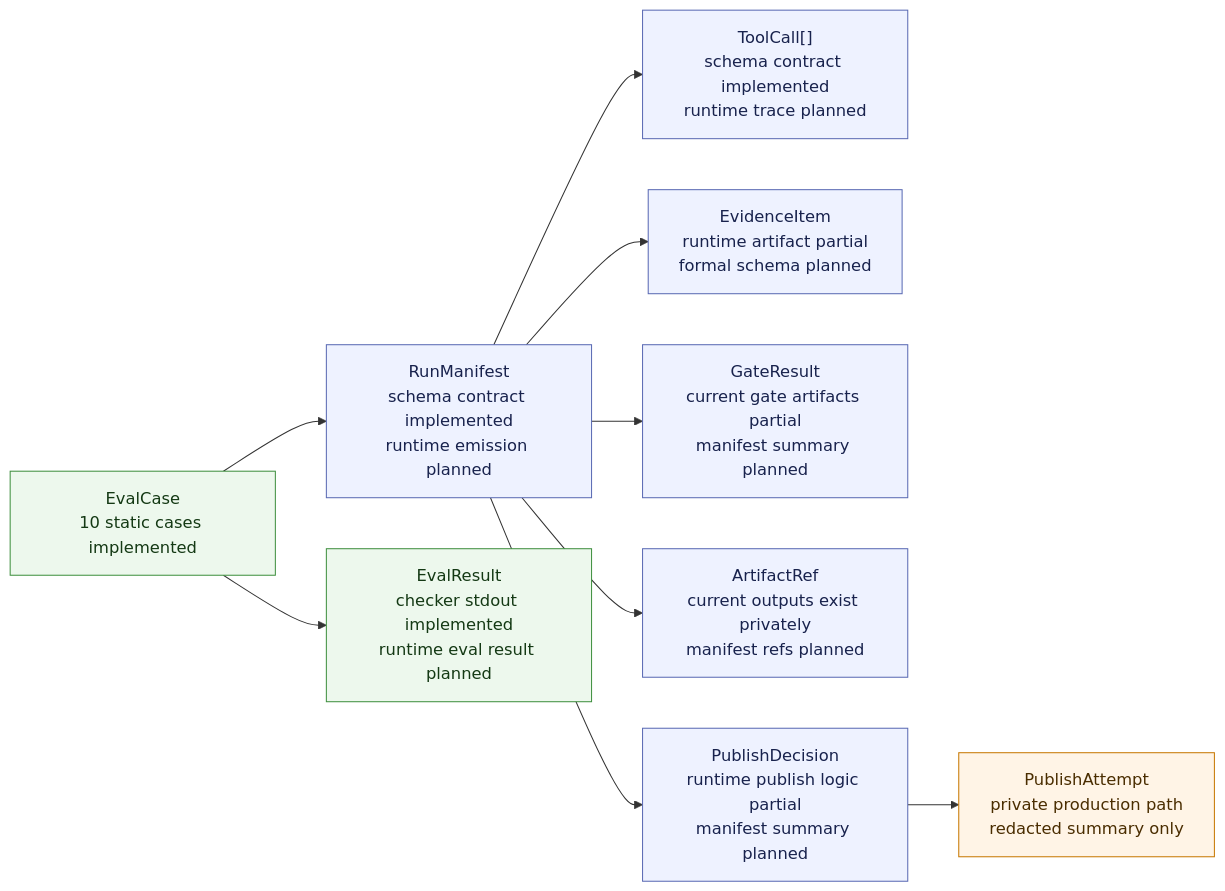
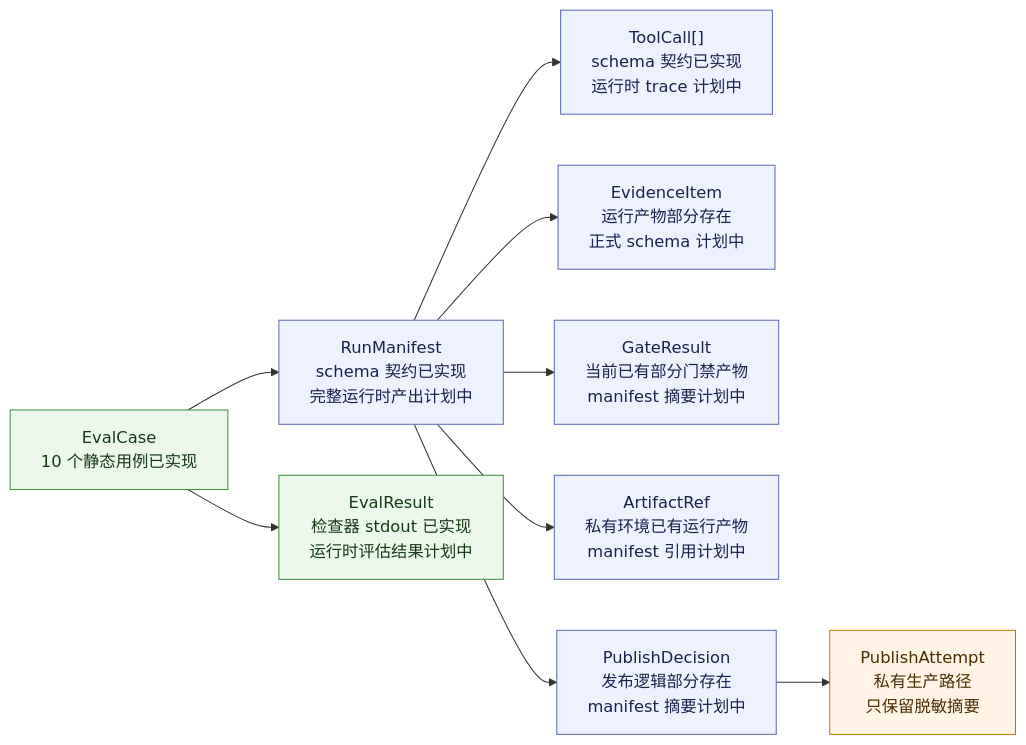
One commit to lin275768845/ai-radar-agent-case changed the fourth of 5 diagrams in docs/zh-CN/ARCHITECTURE_OVERVIEW.md. Above: the diagram before and after it, drawn with Mermaid. The commit also changed other lines of this file and 5 other files, not shown here.

````diff
--- a/docs/zh-CN/ARCHITECTURE_OVERVIEW.md
+++ b/docs/zh-CN/ARCHITECTURE_OVERVIEW.md
@@ -105,18 +104,18 @@
 ```mermaid
 graph LR
-  RM["RunManifest<br/>schema contract implemented<br/>runtime emission planned"] --> TC["ToolCall[]<br/>schema contract implemented<br/>runtime trace planned"]
-  RM --> EI["EvidenceItem<br/>runtime artifact partial<br/>formal schema planned"]
-  RM --> GR["GateResult<br/>current gate artifacts partial<br/>manifest summary planned"]
-  RM --> AR["ArtifactRef<br/>current outputs exist privately<br/>manifest refs planned"]
-  RM --> PD["PublishDecision<br/>runtime publish logic partial<br/>manifest summary planned"]
-  PD --> PA["PublishAttempt<br/>private production path<br/>redacted summary only"]
-  EC["EvalCase<br/>10 static cases implemented"] --> ER["EvalResult<br/>checker stdout implemented<br/>runtime eval result planned"]
+  RM["RunManifest<br/>schema 契约已实现<br/>完整运行时产出计划中"] --> TC["ToolCall[]<br/>schema 契约已实现<br/>运行时 trace 计划中"]
+  RM --> EI["EvidenceItem<br/>运行产物部分存在<br/>正式 schema 计划中"]
+  RM --> GR["GateResult<br/>当前已有部分门禁产物<br/>manifest 摘要计划中"]
+  RM --> AR["ArtifactRef<br/>私有环境已有运行产物<br/>manifest 引用计划中"]
+  RM --> PD["PublishDecision<br/>发布逻辑部分存在<br/>manifest 摘要计划中"]
+  PD --> PA["PublishAttempt<br/>私有生产路径<br/>只保留脱敏摘要"]
+  EC["EvalCase<br/>10 个静态用例已实现"] --> ER["EvalResult<br/>检查器 stdout 已实现<br/>运行时评估结果计划中"]
   EC --> RM
 
   classDef implemented fill:#edf8ed,stroke:#3e8f3e,color:#143914;
   classDef planned fill:#eef2ff,stroke:#5969b3,color:#18224d;
   classDef private fill:#fff4e6,stroke:#c77700,color:#4a2d00;
   class EC,ER implemented;
   class RM,TC,EI,GR,AR,PD planned;
   class PA private;
 ```
````
